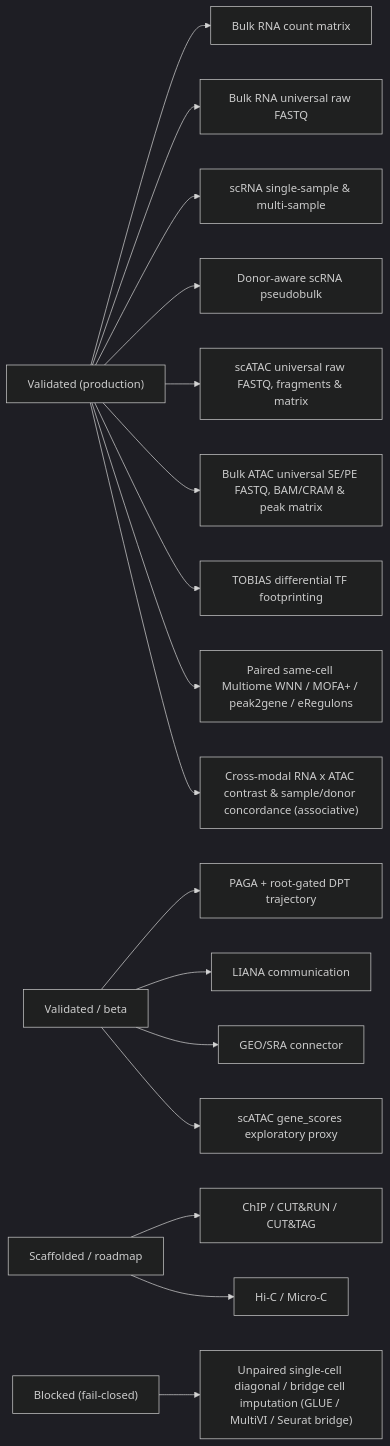
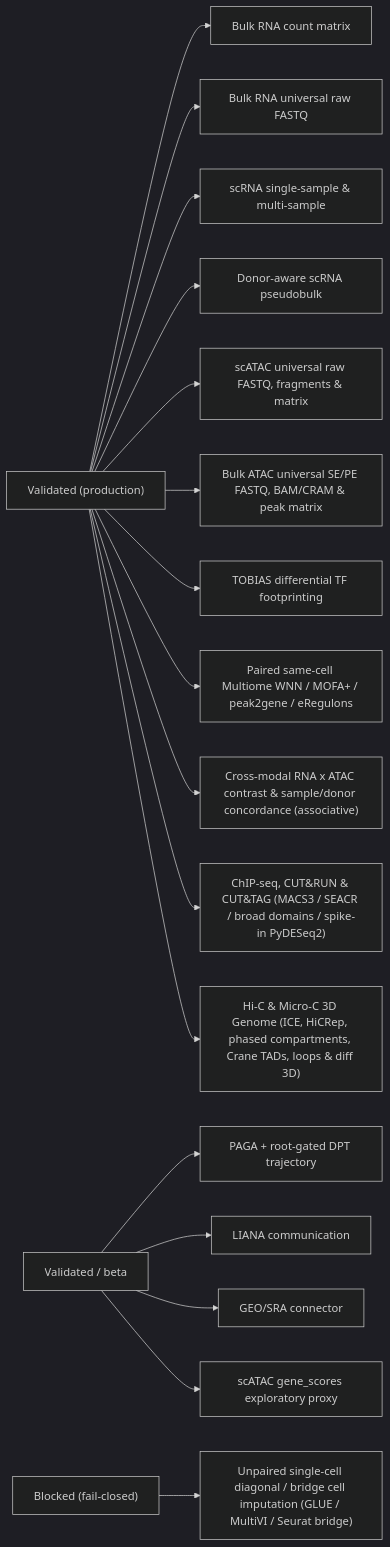
The diagram in docs/diagrams/validation_boundary.mmd (Olascoaga/aria-omics), drawn with Mermaid (dark theme) before and after one commit. The commit also changed 66 other files, not shown here.

```diff
--- a/docs/diagrams/validation_boundary.mmd
+++ b/docs/diagrams/validation_boundary.mmd
@@ -1,17 +1,17 @@
 flowchart LR
     A["Validated (production)"] --> A1[Bulk RNA count matrix]
     A --> A5[Bulk RNA universal raw FASTQ]
     A --> A2[scRNA single-sample & multi-sample]
     A --> A4[Donor-aware scRNA pseudobulk]
     A --> A6[scATAC universal raw FASTQ, fragments & matrix]
     A --> A7[Bulk ATAC universal SE/PE FASTQ, BAM/CRAM & peak matrix]
     A --> A8[TOBIAS differential TF footprinting]
     A --> A9[Paired same-cell Multiome WNN / MOFA+ / peak2gene / eRegulons]
     A --> A10["Cross-modal RNA x ATAC contrast & sample/donor concordance (associative)"]
+    A --> A11["ChIP-seq, CUT&RUN & CUT&TAG (MACS3 / SEACR / broad domains / spike-in PyDESeq2)"]
+    A --> A12["Hi-C & Micro-C 3D Genome (ICE, HiCRep, phased compartments, Crane TADs, loops & diff 3D)"]
     B[Validated / beta] --> B2[PAGA + root-gated DPT trajectory]
     B --> B3[LIANA communication]
     B --> B4[GEO/SRA connector]
     B --> B5[scATAC gene_scores exploratory proxy]
-    C[Scaffolded / roadmap] --> C1[ChIP / CUT&RUN / CUT&TAG]
-    C --> C2[Hi-C / Micro-C]
     D["Blocked (fail-closed)"] --> D1["Unpaired single-cell diagonal / bridge cell imputation (GLUE / MultiVI / Seurat bridge)"]
```
